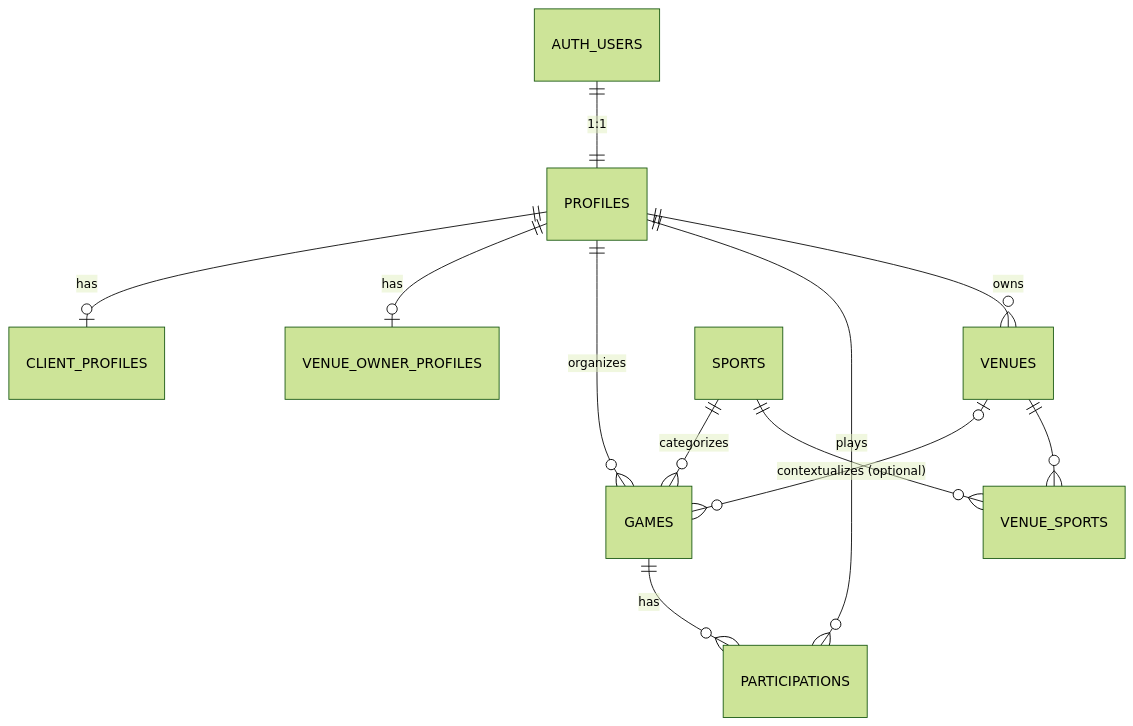
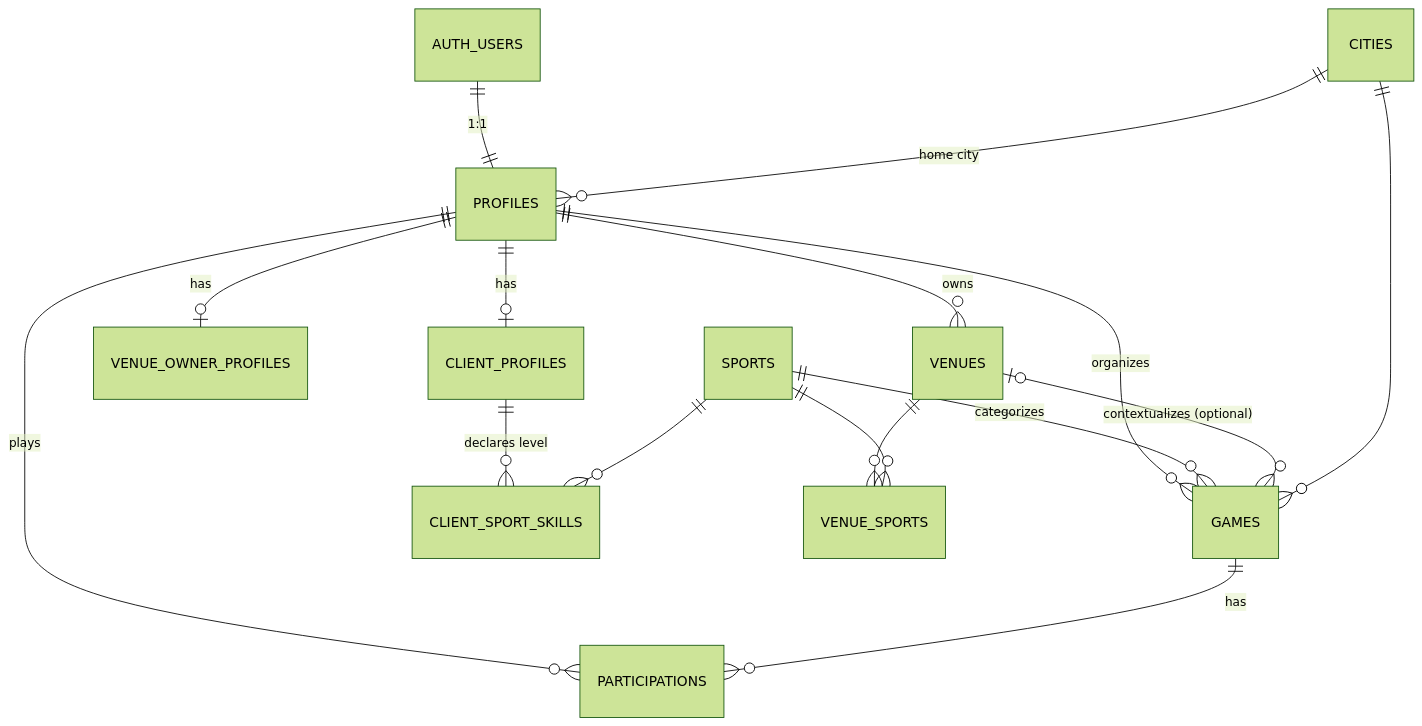
The diagram in docs/context/db-schema-and-backend-design.md (bbyvfrd/squad_app), drawn with Mermaid (forest theme) before and after one commit. The commit also changed other lines of this file and 4 other files, not shown here.

First line of the commit message:
docs(context): re-sync schema for skill levels, identity, city

````diff
--- a/docs/context/db-schema-and-backend-design.md
+++ b/docs/context/db-schema-and-backend-design.md
@@ -44,14 +44,18 @@
 ```mermaid
 erDiagram
   AUTH_USERS  ||--|| PROFILES : "1:1"
   PROFILES   ||--o| CLIENT_PROFILES : has
   PROFILES   ||--o| VENUE_OWNER_PROFILES : has
   PROFILES   ||--o{ GAMES : organizes
   PROFILES   ||--o{ PARTICIPATIONS : plays
   PROFILES   ||--o{ VENUES : owns
+  CLIENT_PROFILES ||--o{ CLIENT_SPORT_SKILLS : "declares level"
+  SPORTS     ||--o{ CLIENT_SPORT_SKILLS : ""
   SPORTS     ||--o{ GAMES : categorizes
   VENUES     |o--o{ GAMES : "contextualizes (optional)"
   GAMES      ||--o{ PARTICIPATIONS : has
   VENUES     ||--o{ VENUE_SPORTS : ""
   SPORTS     ||--o{ VENUE_SPORTS : ""
+  CITIES     ||--o{ PROFILES : "home city"
+  CITIES     ||--o{ GAMES : ""
 ```
````
